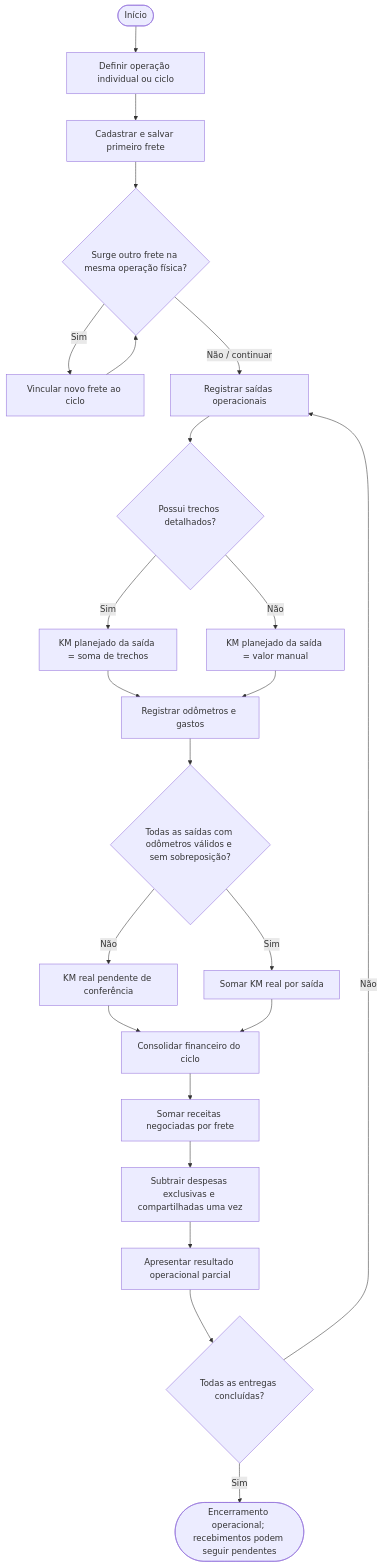
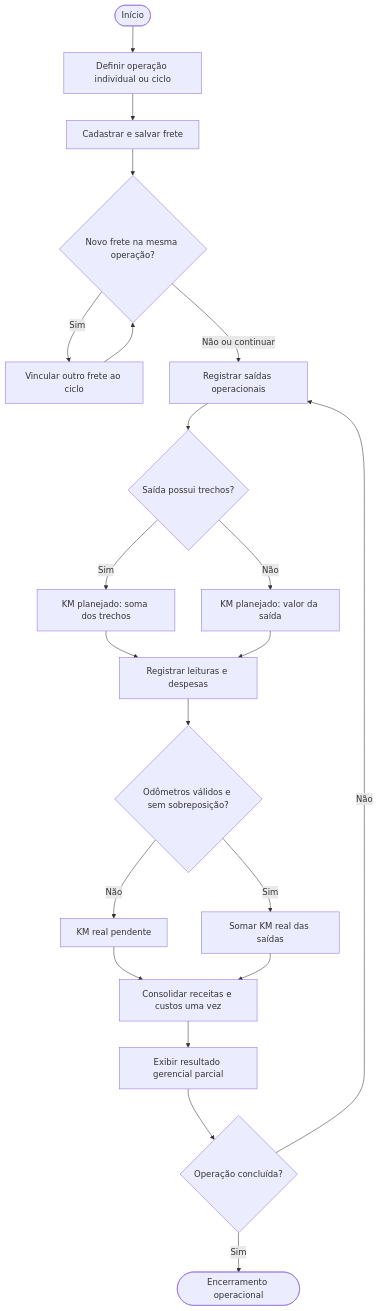
Before and after one commit to felpontes98/faeg-logistica-app: the diagram in docs/diagramas/atividades.md, drawn with Mermaid. The commit also changed other lines of this file and 21 other files, not shown here.

Commit message:
Docs: auditoria final, correcao dos diagramas e preparacao para banca

````diff
--- a/docs/diagramas/atividades.md
+++ b/docs/diagramas/atividades.md
@@ -3,25 +3,23 @@
 ```mermaid
 flowchart TD
-    A([Início]) --> B[Definir operação individual ou ciclo]
-    B --> C[Cadastrar e salvar primeiro frete]
-    C --> D{Surge outro frete na mesma operação física?}
-    D -- Sim --> E[Vincular novo frete ao ciclo]
+    A(["Início"]) --> B["Definir operação individual ou ciclo"]
+    B --> C["Cadastrar e salvar frete"]
+    C --> D{"Novo frete na mesma operação?"}
+    D -->|"Sim"| E["Vincular outro frete ao ciclo"]
     E --> D
-    D -- Não / continuar --> F[Registrar saídas operacionais]
-    F --> G{Possui trechos detalhados?}
-    G -- Sim --> H[KM planejado da saída = soma de trechos]
-    G -- Não --> I[KM planejado da saída = valor manual]
-    H --> J[Registrar odômetros e gastos]
+    D -->|"Não ou continuar"| F["Registrar saídas operacionais"]
+    F --> G{"Saída possui trechos?"}
+    G -->|"Sim"| H["KM planejado: soma dos trechos"]
+    G -->|"Não"| I["KM planejado: valor da saída"]
+    H --> J["Registrar leituras e despesas"]
     I --> J
-    J --> K{Todas as saídas com odômetros válidos e sem sobreposição?}
-    K -- Não --> L[KM real pendente de conferência]
-    K -- Sim --> M[Somar KM real por saída]
-    L --> N[Consolidar financeiro do ciclo]
+    J --> K{"Odômetros válidos e sem sobreposição?"}
+    K -->|"Não"| L["KM real pendente"]
+    K -->|"Sim"| M["Somar KM real das saídas"]
+    L --> N["Consolidar receitas e custos uma vez"]
     M --> N
-    N --> O[Somar receitas negociadas por frete]
-    O --> P[Subtrair despesas exclusivas e compartilhadas uma vez]
-    P --> Q[Apresentar resultado operacional parcial]
-    Q --> R{Todas as entregas concluídas?}
-    R -- Não --> F
-    R -- Sim --> S([Encerramento operacional; recebimentos podem seguir pendentes])
+    N --> O["Exibir resultado gerencial parcial"]
+    O --> P{"Operação concluída?"}
+    P -->|"Não"| F
+    P -->|"Sim"| Q(["Encerramento operacional"])
 ```
````
